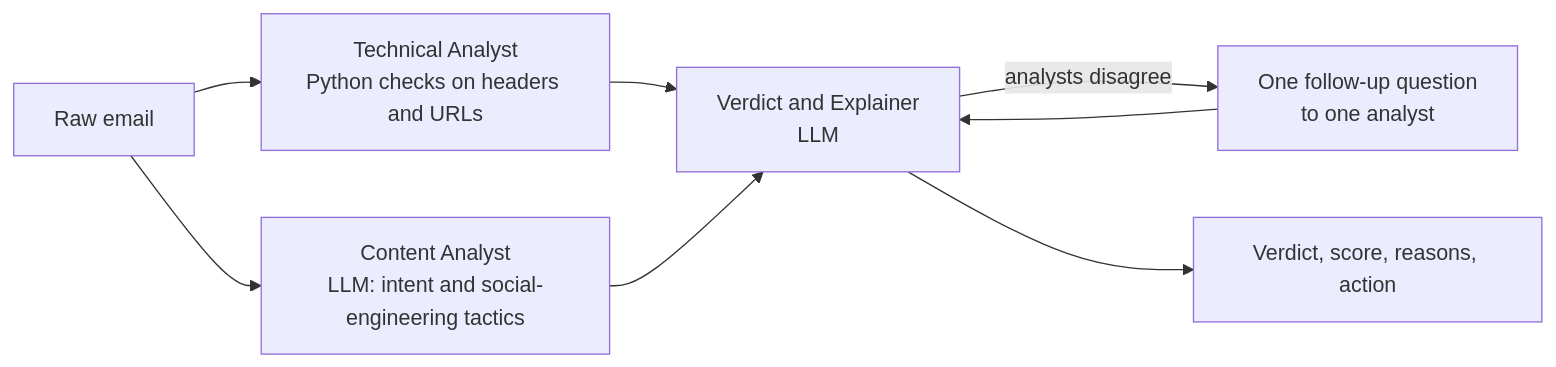
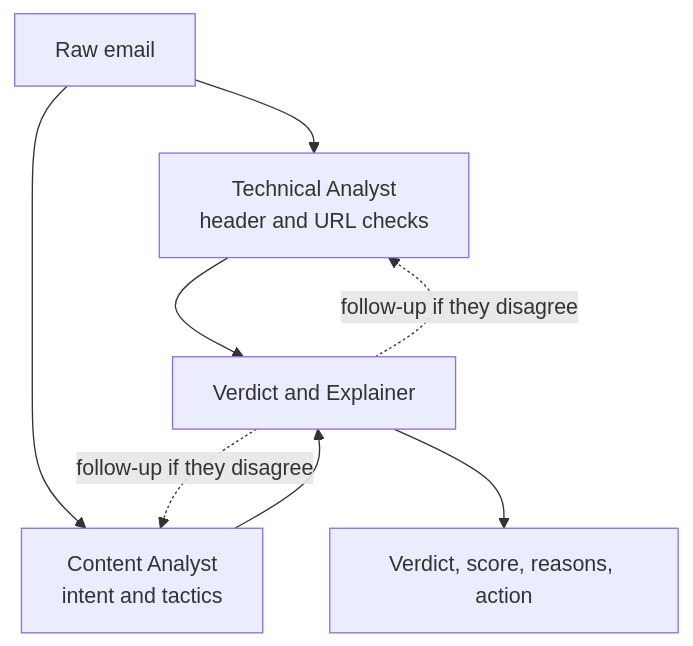
One commit to anriudh/phishing-detection-agents changed the diagram in README.md. Above: the diagram before and after it, drawn with Mermaid. The commit also changed other lines of this file, not shown here.

Commit message:
Redraw the README diagram top-down and shorten the restore command

````diff
--- a/README.md
+++ b/README.md
@@ -19,10 +19,10 @@
 ```mermaid
-flowchart LR
-    E[Raw email] --> T[Technical Analyst<br/>Python checks on headers and URLs]
-    E --> C[Content Analyst<br/>LLM: intent and social-engineering tactics]
-    T --> V[Verdict and Explainer<br/>LLM]
+flowchart TD
+    E[Raw email] --> T[Technical Analyst<br/>header and URL checks]
+    E --> C[Content Analyst<br/>intent and tactics]
+    T --> V[Verdict and Explainer]
     C --> V
-    V -- analysts disagree --> Q[One follow-up question<br/>to one analyst]
-    Q --> V
+    V -. follow-up if they disagree .-> T
+    V -. follow-up if they disagree .-> C
     V --> O[Verdict, score, reasons, action]
 ```
````
